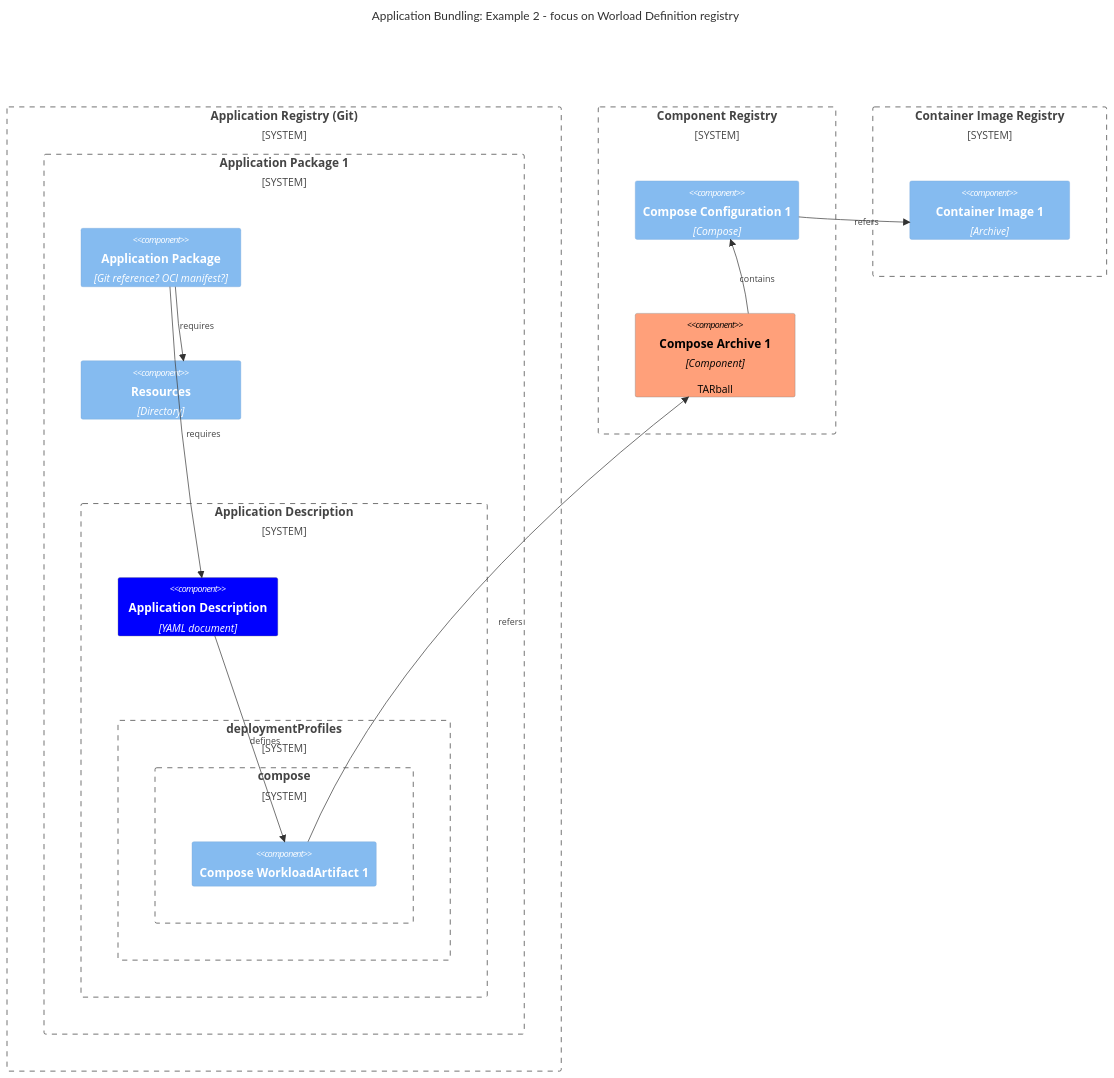
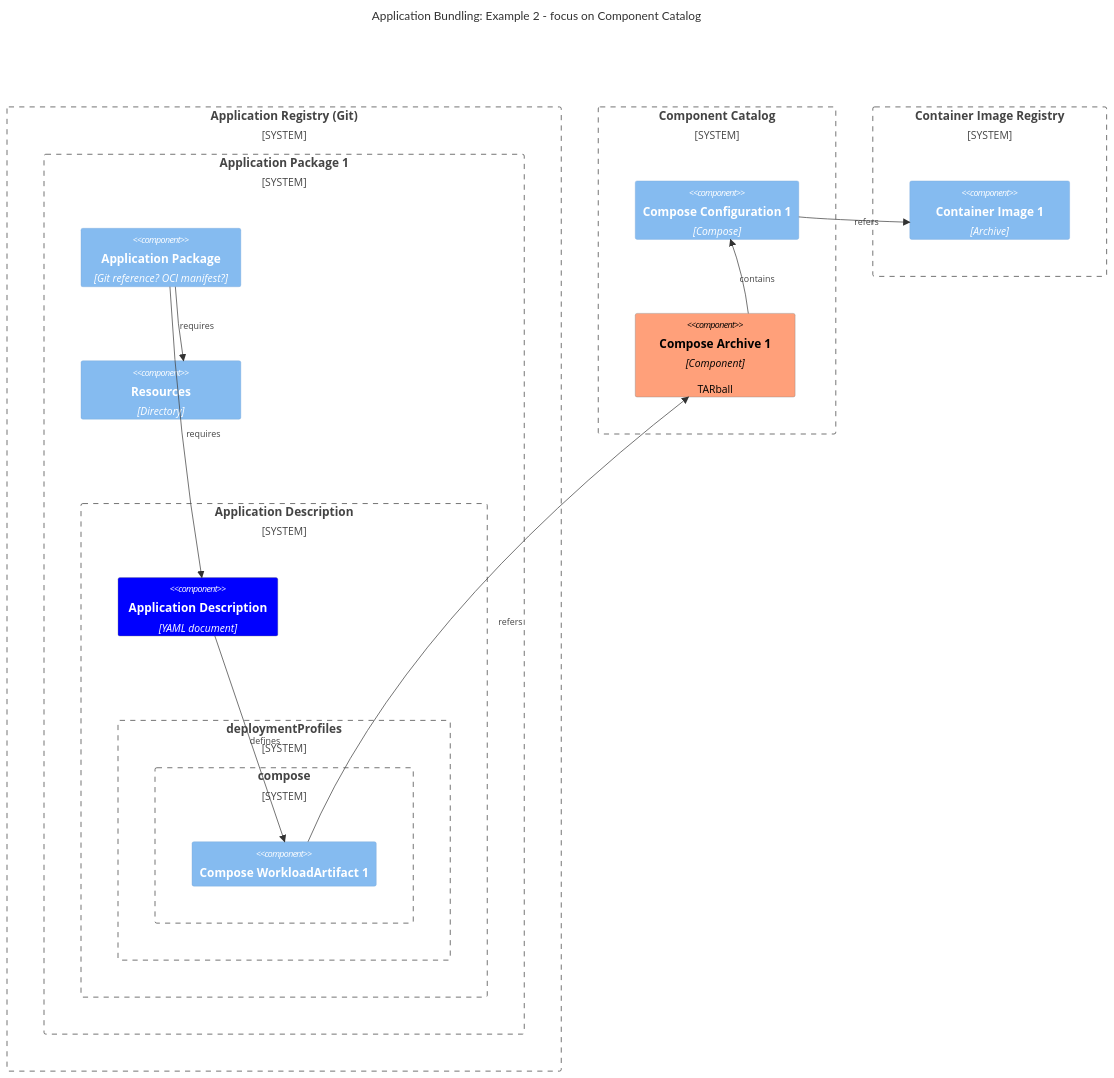
The fourth of 10 diagrams in system-design/margo-overview/software-composition.md (margo/specification), drawn with Mermaid before and after one commit. The commit also changed other lines of this file, not shown here.

Commit message:
fix: uniform use of component catalog

````diff
--- a/system-design/margo-overview/software-composition.md
+++ b/system-design/margo-overview/software-composition.md
@@ -173,44 +175,44 @@
 ```mermaid
 C4Component
-    title Application Bundling: Example 2 - focus on Worload Definition registry
+    title Application Bundling: Example 2 - focus on Component Catalog
 
     UpdateLayoutConfig($c4BoundaryInRow="1", $c4ShapeInRow="3")
 
     System_Boundary(ar, "Application Registry (Git)") {
         System_Boundary(ab1, "Application Package 1") {
             Component(atb1, "Application Package", "Git reference? OCI manifest?")
 
             System_Boundary(c1, "Application Description") {
                 Component(ad, "Application Description", "YAML document")
                 System_Boundary(c2, "deploymentProfiles") {
                     System_Boundary(c4, "compose") {
                         Component(wldc1, "Compose WorkloadArtifact 1")
                     }
                 }
                 Rel(ad,wldc1, "defines")
             }
 
             Component(rd, "Resources", "Directory")
 
             Rel(atb1, ad, "requires")
             Rel(atb1, rd, "requires")
         }
     }
 
-    System_Boundary(crr, "Component Registry") {
+    System_Boundary(crr, "Component Catalog") {
         Component(cc1, "Compose Configuration 1", "Compose")
         Component(ca1, "Compose Archive 1", "Component", "TARball")
         Rel(ca1, cc1, "contains")
         UpdateRelStyle(cc1, cim1, $offsetY="50")
     }
 
     System_Boundary(cir, "Container Image Registry") {
         Component(cim1, "Container Image 1", "Archive")
     }
 
     Rel(wldc1, ca1, "refers")
     Rel(cc1, cim1, "refers")
 
     UpdateElementStyle(ad, $fontColor="white", $bgColor="blue", $borderColor="grey")
     UpdateElementStyle(ca1, $fontColor="black", $bgColor="lightsalmon", $borderColor="grey")
 ```
````
